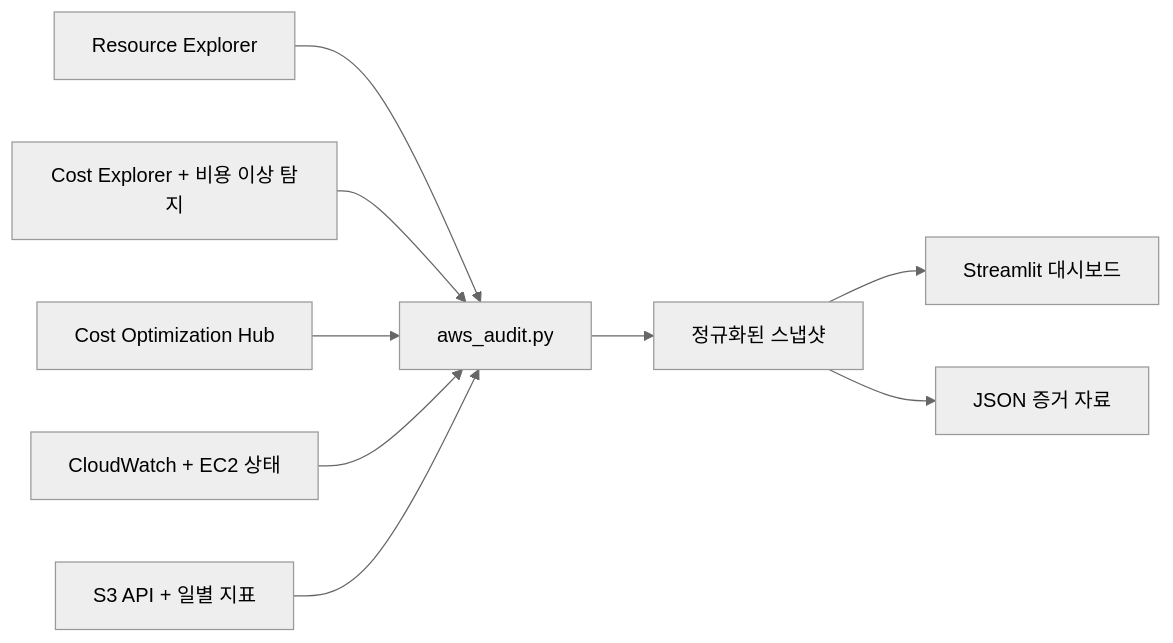
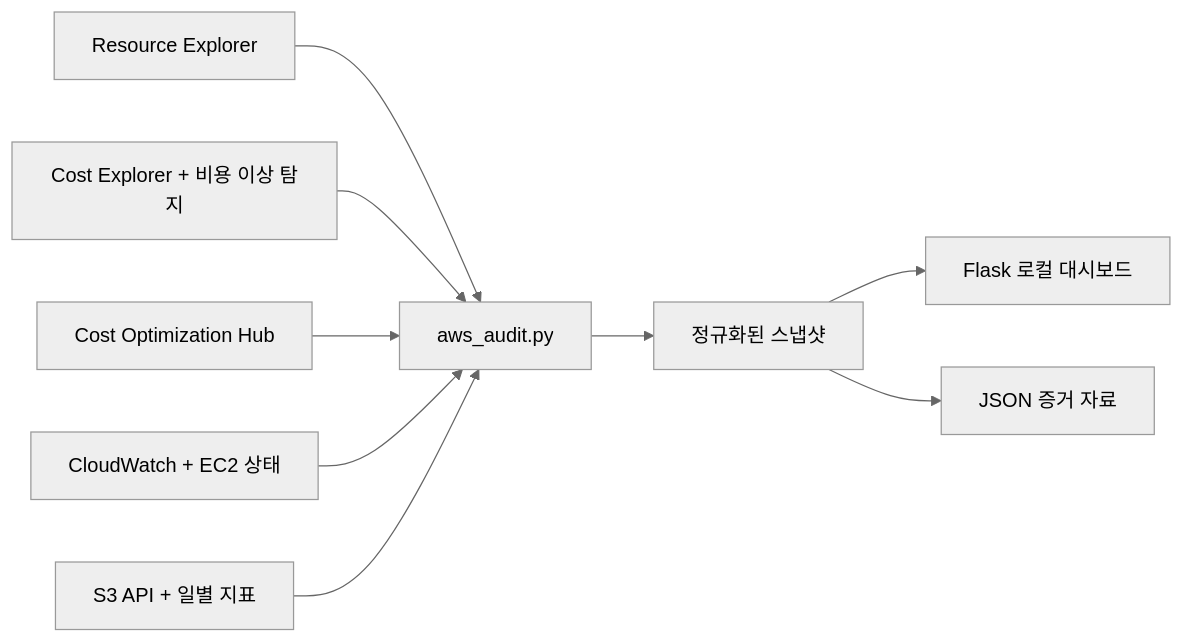
Before and after one commit to kevplaya/aws-tools: the diagram in docs/architecture.md, drawn with Mermaid (neutral theme). The commit also changed other lines of this file and 12 other files, not shown here.

First line of the commit message:
fix(dashboard): replace Streamlit with Flask

````diff
--- a/docs/architecture.md
+++ b/docs/architecture.md
@@ -7,11 +7,11 @@
 ```mermaid
 flowchart LR
     A["Resource Explorer"] --> F["aws_audit.py"]
     B["Cost Explorer + 비용 이상 탐지"] --> F
     C["Cost Optimization Hub"] --> F
     D["CloudWatch + EC2 상태"] --> F
     E["S3 API + 일별 지표"] --> F
     F --> G["정규화된 스냅샷"]
-    G --> H["Streamlit 대시보드"]
+    G --> H["Flask 로컬 대시보드"]
     G --> I["JSON 증거 자료"]
 ```
````
